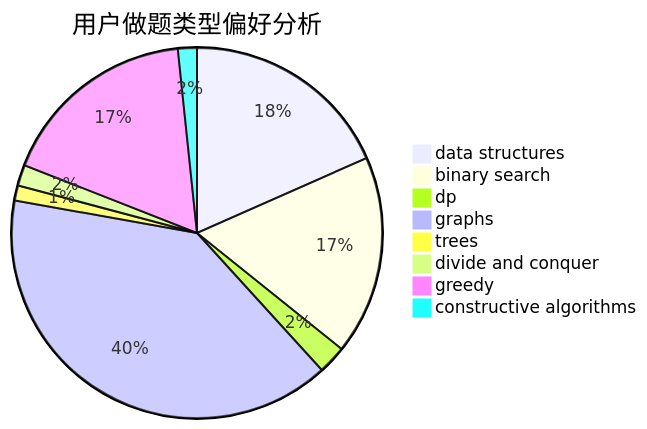
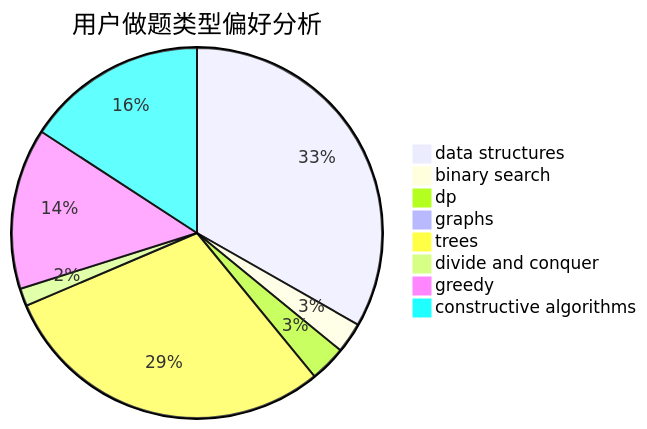
One commit to sherpahu/cfrs.github.io changed the second of 3 diagrams in docs/user/u1993.md. Above: the diagram before and after it, drawn with Mermaid. The commit also changed other lines of this file and 2770 other files, not shown here.

````diff
--- a/docs/user/u1993.md
+++ b/docs/user/u1993.md
@@ -23,11 +23,11 @@
 ```mermaid
 pie title 用户做题类型偏好分析
-    "data structures" :  111
-    "binary search" :  105
-    "dp" :  15
-    "graphs" :  239
-    "trees" :  8
-    "divide and conquer" :  11
-    "greedy" :  105
-    "constructive algorithms" :  10
+    "data structures" :  473
+    "binary search" :  38
+    "dp" :  45
+    "graphs" :  1
+    "trees" :  420
+    "divide and conquer" :  22
+    "greedy" :  200
+    "constructive algorithms" :  225
 ```
````
